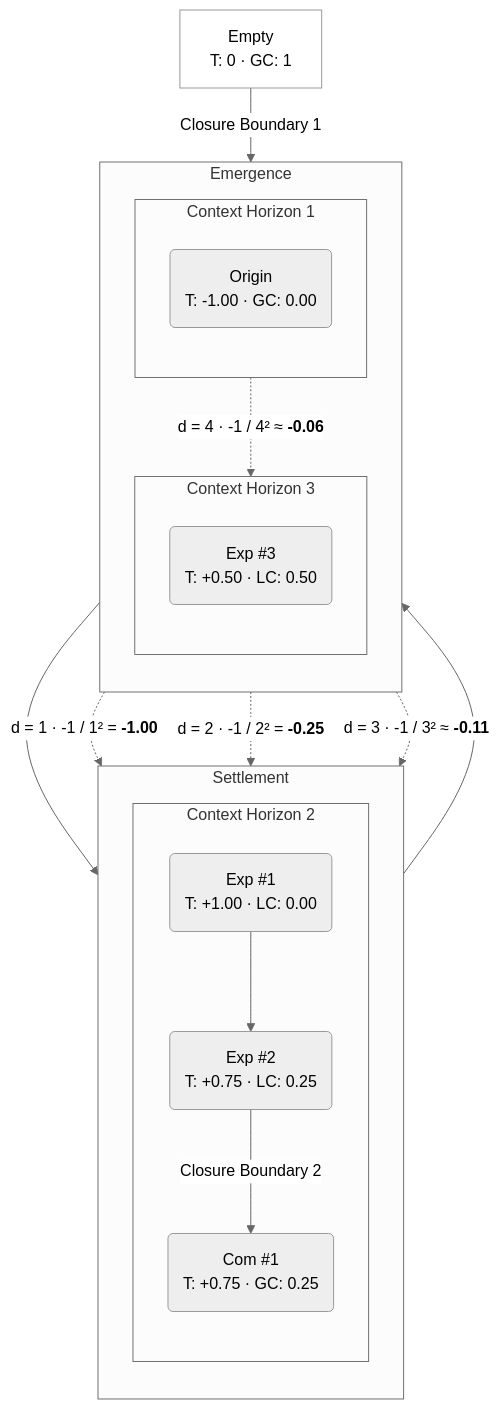
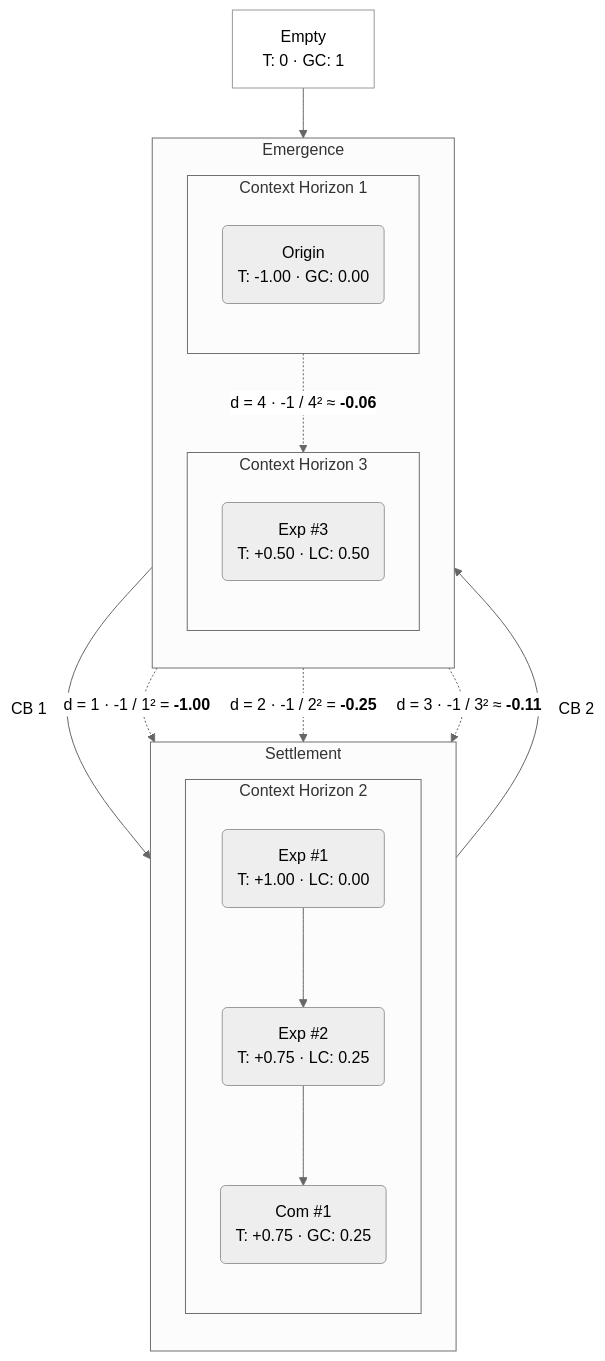
Diagram 13 of 13 in content/commons.mdx (clairemira/miranova), drawn with Mermaid before and after one commit. The commit also changed 1 other file, not shown here.

Commit message:
Fixed CB on wrong edge, and added readme

````diff
--- a/content/commons.mdx
+++ b/content/commons.mdx
@@ -1303,57 +1303,55 @@
 ```mermaid
 ---
 config:
   flowchart:
     curve: basis
   theme: neutral
 ---
 flowchart TD
 
   EMPTY["Empty<br/>T: 0 · GC: 1"]
 
   subgraph S[Settlement]
     direction TB
 
     subgraph CH2["Context Horizon 2"]
         direction TB
 
         E1("Exp #1<br/>T: +1.00 · LC: 0.00")
         E2("Exp #2<br/>T: +0.75 · LC: 0.25")
         C1("Com #1<br/>T: +0.75 · GC: 0.25")
     end
   end
 
   subgraph E[Emergence]
     direction TB
 
     subgraph CH1["Context Horizon 1"]
         direction TB
 
         O("Origin<br/>T: -1.00 · GC: 0.00")
     end
 
     subgraph CH3["Context Horizon 3"]
         direction TB
 
         E3("Exp #3<br/>T: +0.50 · LC: 0.50")
     end
 
   end
 
-  O --> E1
-  E1 --> E2
-  C1 --> E3
-
-  EMPTY -->|"Closure Boundary 1"| O
-  E2 -->|"Closure Boundary 2"| C1
+  EMPTY --> O
+  O -->|"CB 1"| E1
+  E1 --> E2 --> C1
+  C1 -->|"CB 2"| E3
 
   O -.->|"d = 1 · -1 / 1² = <strong>-1.00</strong>"| E1
   O -.->|"d = 2 · -1 / 2² = <strong>-0.25</strong>"| E2
   O -.->|"d = 3 · -1 / 3² ≈ <strong>-0.11</strong>"| C1
   O -.->|"d = 4 · -1 / 4² ≈ <strong>-0.06</strong>"| E3
 
   classDef transNode fill:transparent
 
   class EMPTY transNode
   class O,C1 committal
 ```
````
